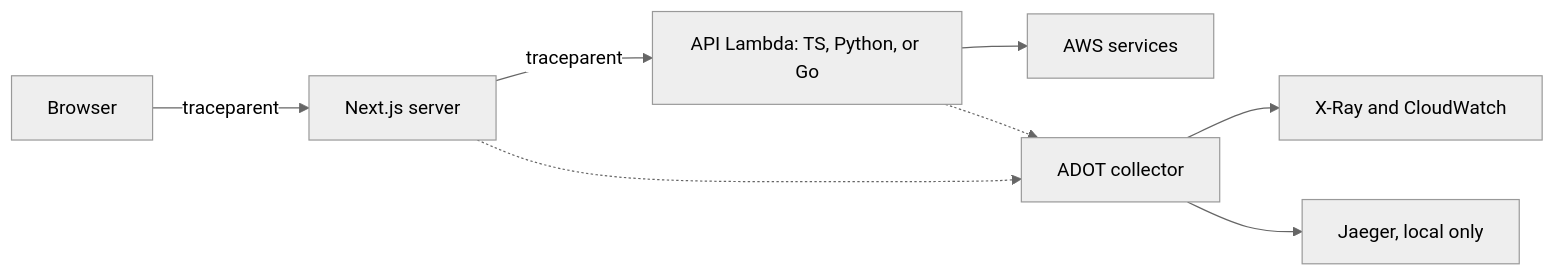
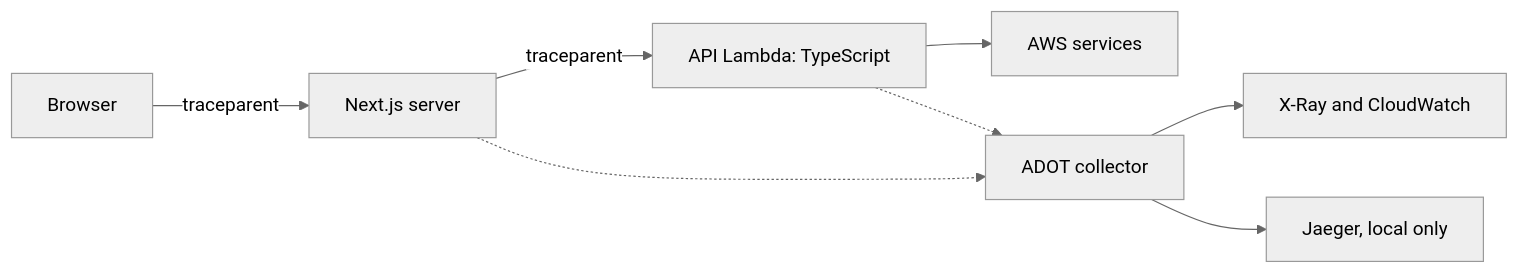
One commit to vpr1995/prudhvi-software-factory changed the diagram in docs/standards/observability.md. Above: the diagram before and after it, drawn with Mermaid (neutral theme). The commit also changed other lines of this file and 357 other files, not shown here.

````diff
--- a/docs/standards/observability.md
+++ b/docs/standards/observability.md
@@ -9,10 +9,10 @@
 ```mermaid
 flowchart LR
   B[Browser] -->|traceparent| N[Next.js server]
-  N -->|traceparent| A[API Lambda: TS, Python, or Go]
+  N -->|traceparent| A[API Lambda: TypeScript]
   A --> W[AWS services]
   N -.-> C[ADOT collector]
   A -.-> C
   C --> X[X-Ray and CloudWatch]
   C --> J[Jaeger, local only]
 ```
````
